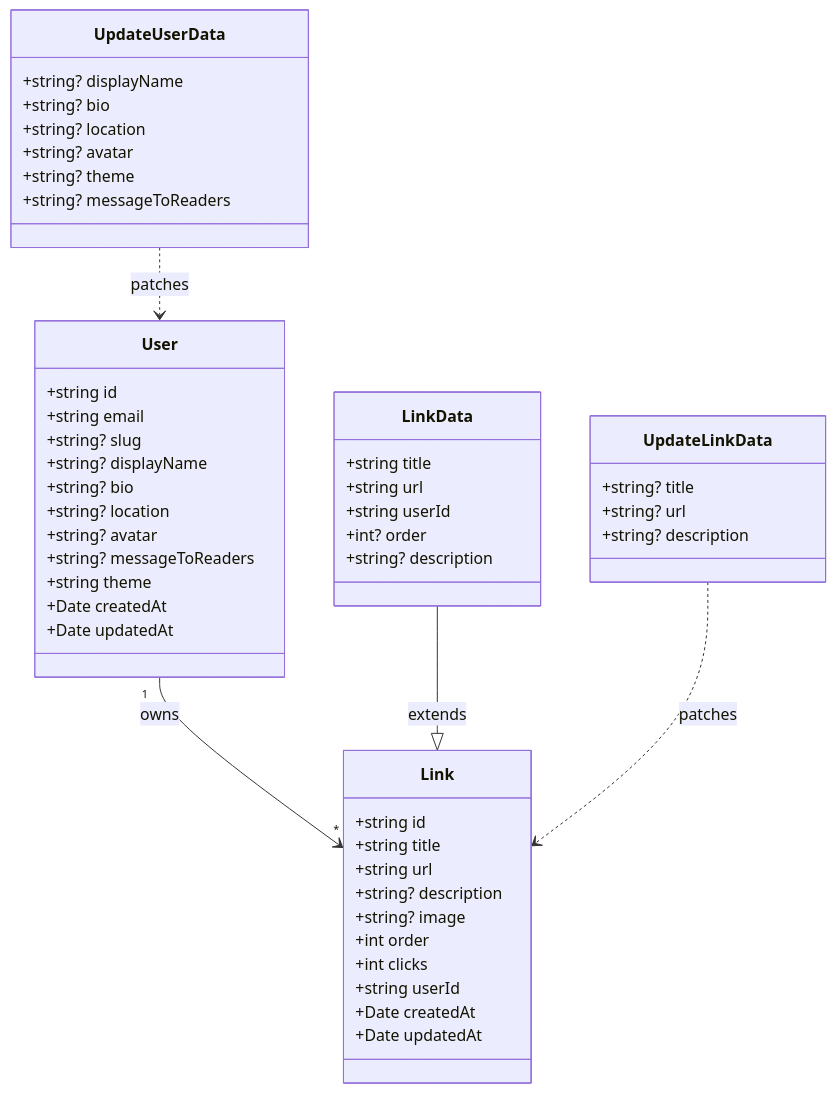
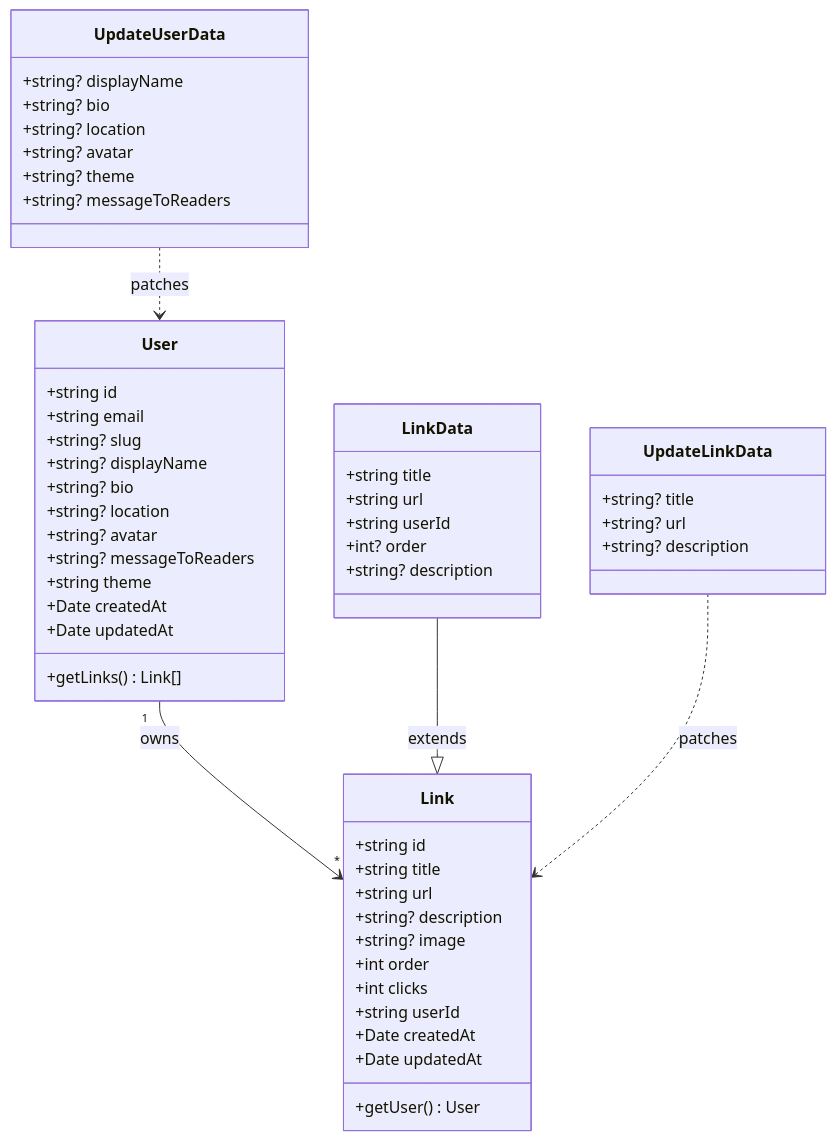
Before and after one commit to ddamaceno/NodeTree: the diagram in .docs/diagrama-classes.md, drawn with Mermaid.

Commit message:
docs: add navigation methods to class diagram

````diff
--- a/.docs/diagrama-classes.md
+++ b/.docs/diagrama-classes.md
@@ -3,57 +3,59 @@
 ```mermaid
 classDiagram
     class User {
         +string id
         +string email
         +string? slug
         +string? displayName
         +string? bio
         +string? location
         +string? avatar
         +string? messageToReaders
         +string theme
         +Date createdAt
         +Date updatedAt
+        +getLinks() Link[]
     }
 
     class Link {
         +string id
         +string title
         +string url
         +string? description
         +string? image
         +int order
         +int clicks
         +string userId
         +Date createdAt
         +Date updatedAt
+        +getUser() User
     }
 
     class LinkData {
         +string title
         +string url
         +string userId
         +int? order
         +string? description
     }
 
     class UpdateLinkData {
         +string? title
         +string? url
         +string? description
     }
 
     class UpdateUserData {
         +string? displayName
         +string? bio
         +string? location
         +string? avatar
         +string? theme
         +string? messageToReaders
     }
 
     User "1" --> "*" Link : owns
     LinkData --|> Link : extends
     UpdateLinkData ..> Link : patches
     UpdateUserData ..> User : patches
 ```
````
